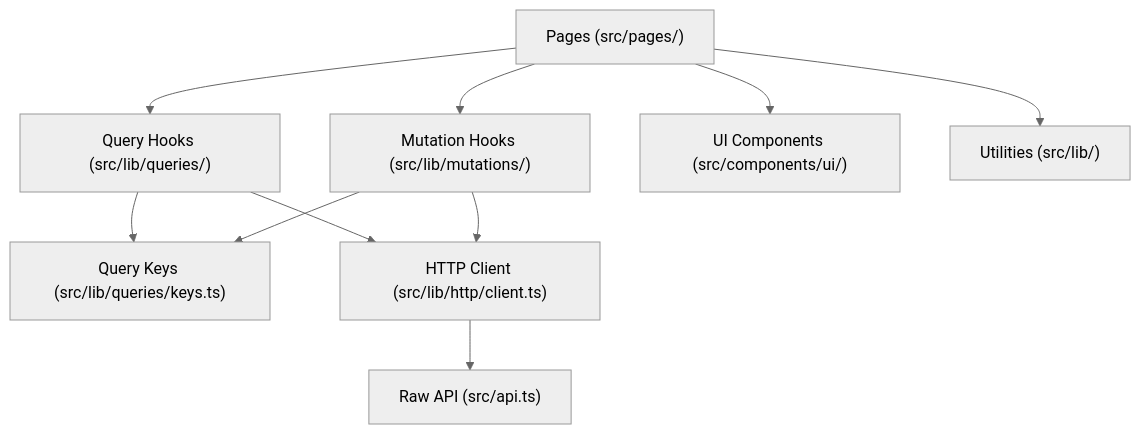
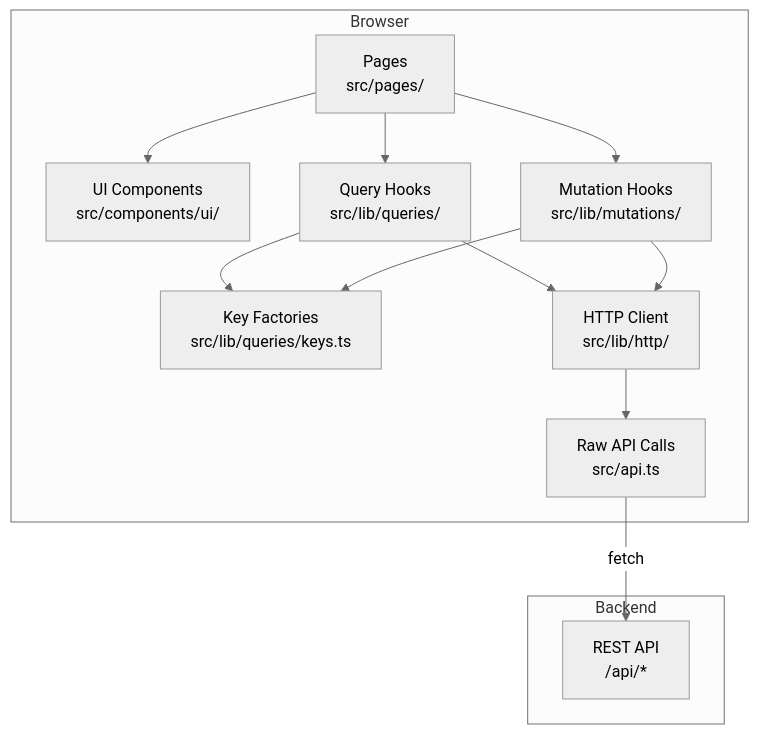
The diagram in other-librefang-api-dashboard.md (leszek3737/librefang-WIki), drawn with Mermaid (neutral theme) before and after one commit. The commit also changed other lines of this file and 100 other files, not shown here.

````diff
--- a/other-librefang-api-dashboard.md
+++ b/other-librefang-api-dashboard.md
@@ -15,21 +13,26 @@
 ```mermaid
 graph TD
-    Pages["Pages (src/pages/)"]
-    Queries["Query Hooks (src/lib/queries/)"]
-    Mutations["Mutation Hooks (src/lib/mutations/)"]
-    Keys["Query Keys (src/lib/queries/keys.ts)"]
-    Client["HTTP Client (src/lib/http/client.ts)"]
-    ApiRaw["Raw API (src/api.ts)"]
-    UI["UI Components (src/components/ui/)"]
-    Lib["Utilities (src/lib/)"]
+    subgraph "Browser"
+        P["Pages<br/>src/pages/"]
+        C["UI Components<br/>src/components/ui/"]
+        Q["Query Hooks<br/>src/lib/queries/"]
+        M["Mutation Hooks<br/>src/lib/mutations/"]
+        K["Key Factories<br/>src/lib/queries/keys.ts"]
+        HTTP["HTTP Client<br/>src/lib/http/"]
+        API["Raw API Calls<br/>src/api.ts"]
+    end
 
-    Pages --> Queries
-    Pages --> Mutations
-    Pages --> UI
-    Queries --> Keys
-    Queries --> Client
-    Mutations --> Keys
-    Mutations --> Client
-    Client --> ApiRaw
-    Pages --> Lib
+    subgraph "Backend"
+        REST["REST API<br/>/api/*"]
+    end
+
+    P --> C
+    P --> Q
+    P --> M
+    Q --> K
+    Q --> HTTP
+    M --> HTTP
+    M --> K
+    HTTP --> API
+    API -->|fetch| REST
 ```
````
